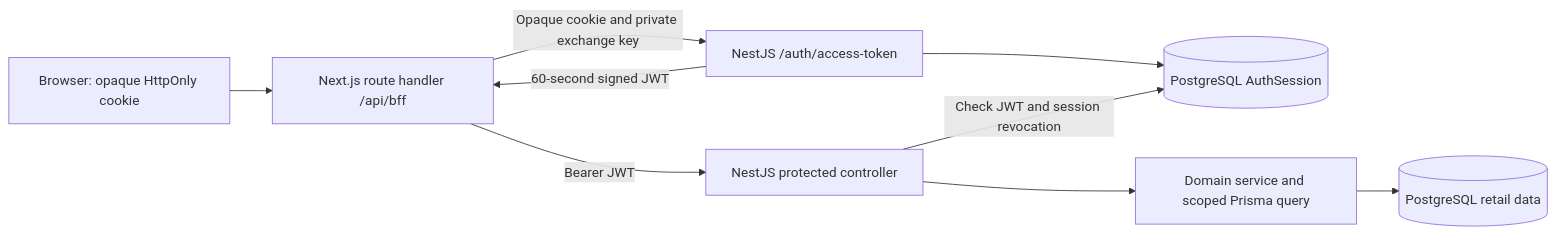
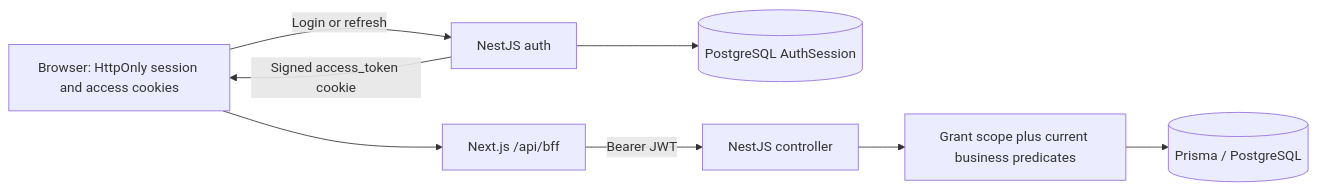
Before and after one commit to korawit-ch/multi-branch-retail-store-with-abac-oauth-poc: the diagram in doc/12-bff-authentication-architecture.md, drawn with Mermaid. The commit also changed other lines of this file and 16 other files, not shown here.

Commit message:
docs(auth): explain conditional grants and token renewal

````diff
--- a/doc/12-bff-authentication-architecture.md
+++ b/doc/12-bff-authentication-architecture.md
@@ -7,11 +7,10 @@
 ```mermaid
 flowchart LR
-  Browser[Browser: opaque HttpOnly cookie] --> Next[Next.js route handler /api/bff]
-  Next -->|Opaque cookie and private exchange key| Exchange[NestJS /auth/access-token]
-  Exchange --> Session[(PostgreSQL AuthSession)]
-  Exchange -->|60-second signed JWT| Next
-  Next -->|Bearer JWT| Nest[NestJS protected controller]
-  Nest -->|Check JWT and session revocation| Session
-  Nest --> Service[Domain service and scoped Prisma query]
-  Service --> Data[(PostgreSQL retail data)]
+  Browser[Browser: HttpOnly session and access cookies] --> Next[Next.js /api/bff]
+  Browser -->|Login or refresh| Auth[NestJS auth]
+  Auth --> Sessions[(PostgreSQL AuthSession)]
+  Auth -->|Signed access_token cookie| Browser
+  Next -->|Bearer JWT| Nest[NestJS controller]
+  Nest --> Scope[Grant scope plus current business predicates]
+  Scope --> Data[(Prisma / PostgreSQL)]
 ```
````
